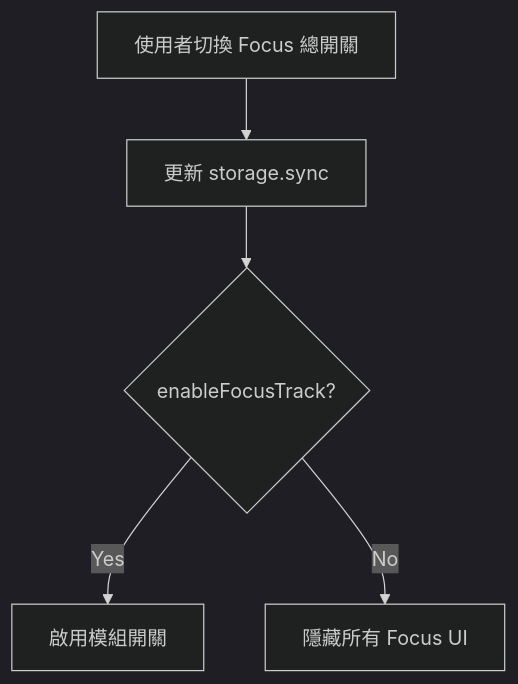
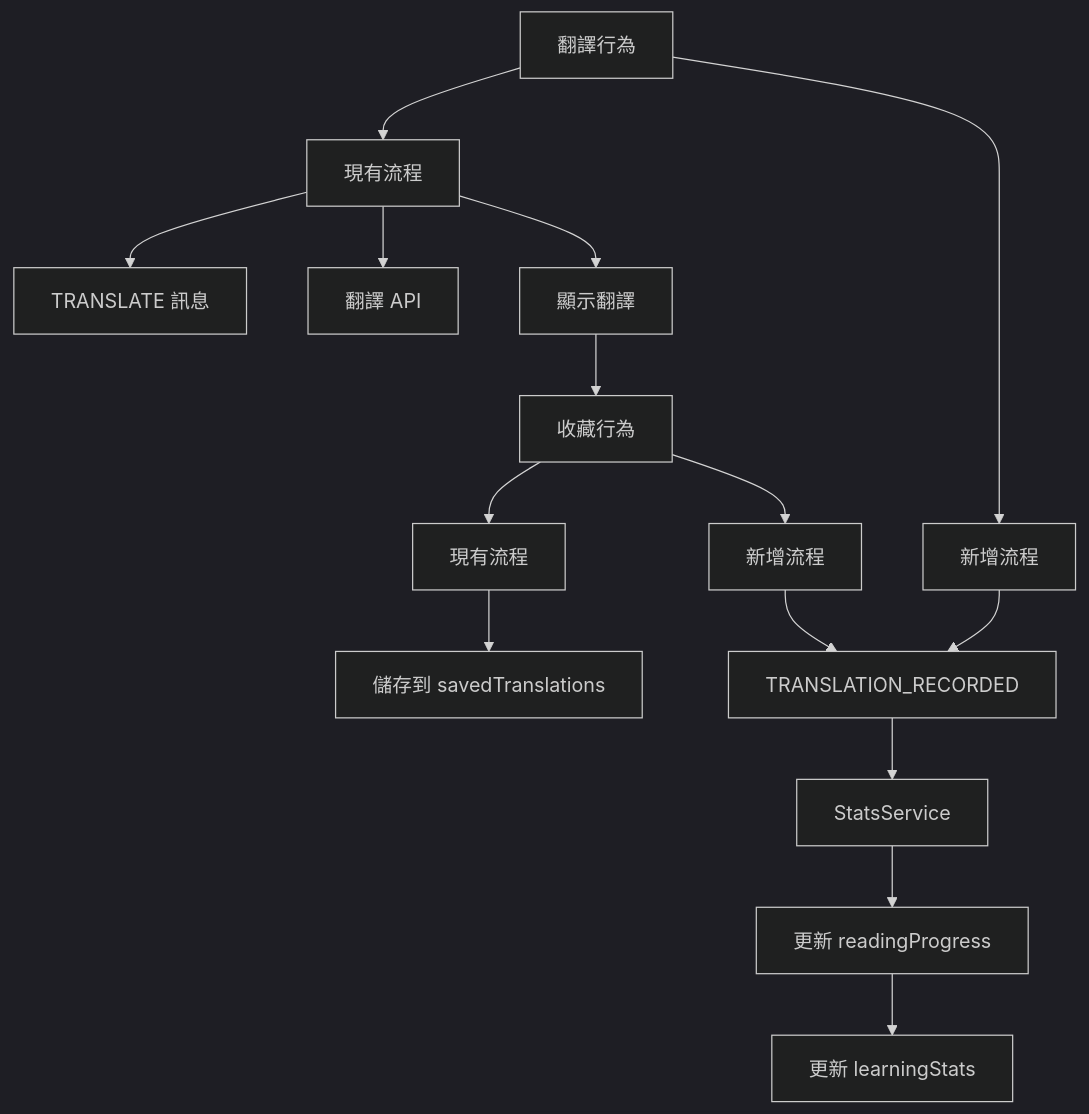
Before and after one commit to kylecheng3146/highlighting-translate: the eighth of 9 diagrams in .shared/05-flow-diagrams.md, drawn with Mermaid (dark theme). The commit also changed other lines of this file and 33 other files, not shown here.

Commit message:
feat: release learning progress dashboard v1.18.0

````diff
--- a/.shared/05-flow-diagrams.md
+++ b/.shared/05-flow-diagrams.md
@@ -52,7 +184,20 @@
 ```mermaid
 flowchart TD
-    A[使用者切換 Focus 總開關] --> B[更新 storage.sync]
-    B --> C{enableFocusTrack?}
-    C -- Yes --> D[啟用模組開關]
-    C -- No --> E[隱藏所有 Focus UI]
+    A[翻譯行為] --> B[現有流程]
+    B --> C[TRANSLATE 訊息]
+    B --> D[翻譯 API]
+    B --> E[顯示翻譯]
+    
+    A --> F[新增流程]
+    F --> G[TRANSLATION_RECORDED]
+    G --> H[StatsService]
+    H --> I[更新 readingProgress]
+    I --> J[更新 learningStats]
+    
+    E --> K[收藏行為]
+    K --> L[現有流程]
+    L --> M[儲存到 savedTranslations]
+    
+    K --> N[新增流程]
+    N --> G
 ```
````
